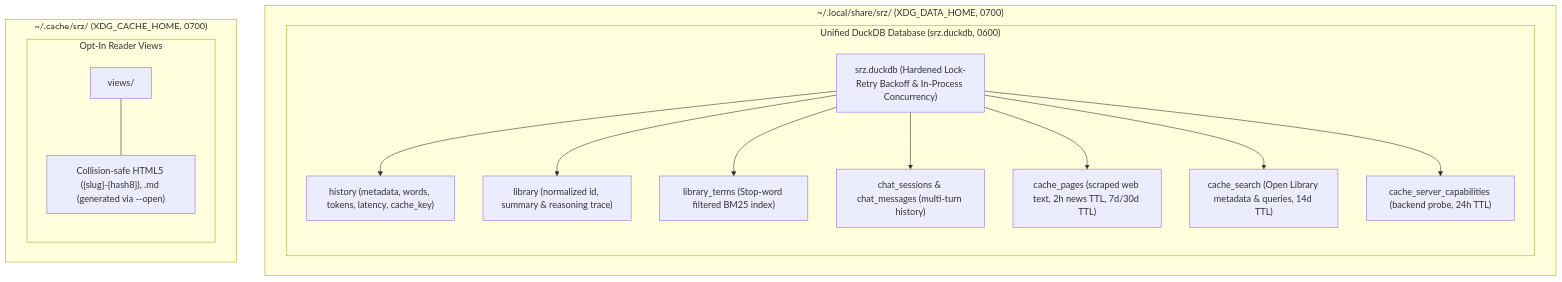
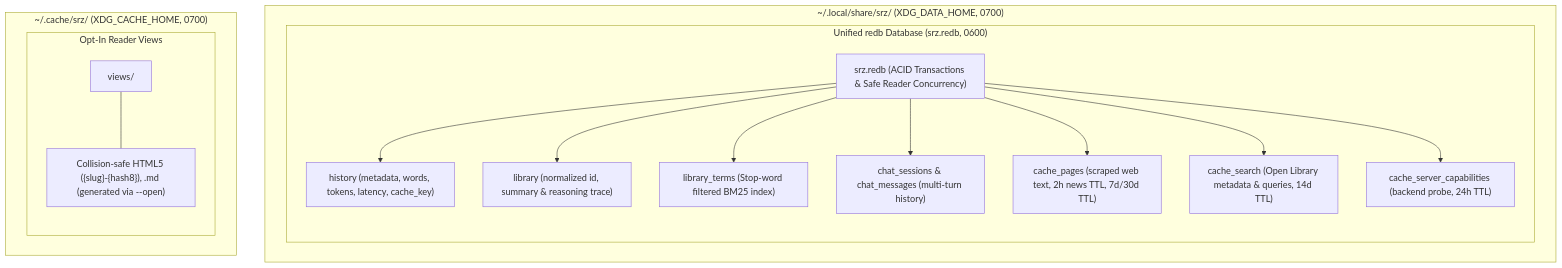
One commit to NewGuy012/srz changed the fourth of 4 diagrams in docs/src/architecture.md. Above: the diagram before and after it, drawn with Mermaid. The commit also changed other lines of this file and 10 other files, not shown here.

Commit message:
docs: synchronize architecture, CLI reference, and guides with simplified codebase

````diff
--- a/docs/src/architecture.md
+++ b/docs/src/architecture.md
@@ -254,21 +254,21 @@
 ```mermaid
 graph TD
     subgraph DataRoot["~/.local/share/srz/ (XDG_DATA_HOME, 0700)"]
-        subgraph UnifiedDB["Unified DuckDB Database (srz.duckdb, 0600)"]
-            D["srz.duckdb (Hardened Lock-Retry Backoff & In-Process Concurrency)"]
+        subgraph UnifiedDB["Unified redb Database (srz.redb, 0600)"]
+            D["srz.redb (ACID Transactions & Safe Reader Concurrency)"]
             D --> T1["history (metadata, words, tokens, latency, cache_key)"]
             D --> T2["library (normalized id, summary & reasoning trace)"]
             D --> T3["library_terms (Stop-word filtered BM25 index)"]
             D --> T4["chat_sessions & chat_messages (multi-turn history)"]
             D --> T5["cache_pages (scraped web text, 2h news TTL, 7d/30d TTL)"]
             D --> T6["cache_search (Open Library metadata & queries, 14d TTL)"]
             D --> T7["cache_server_capabilities (backend probe, 24h TTL)"]
         end
     end
 
     subgraph CacheRoot["~/.cache/srz/ (XDG_CACHE_HOME, 0700)"]
         subgraph ViewsDir["Opt-In Reader Views"]
             V["views/"] --- V_desc["Collision-safe HTML5 ({slug}-{hash8}), .md (generated via --open)"]
         end
     end
 ```
````
